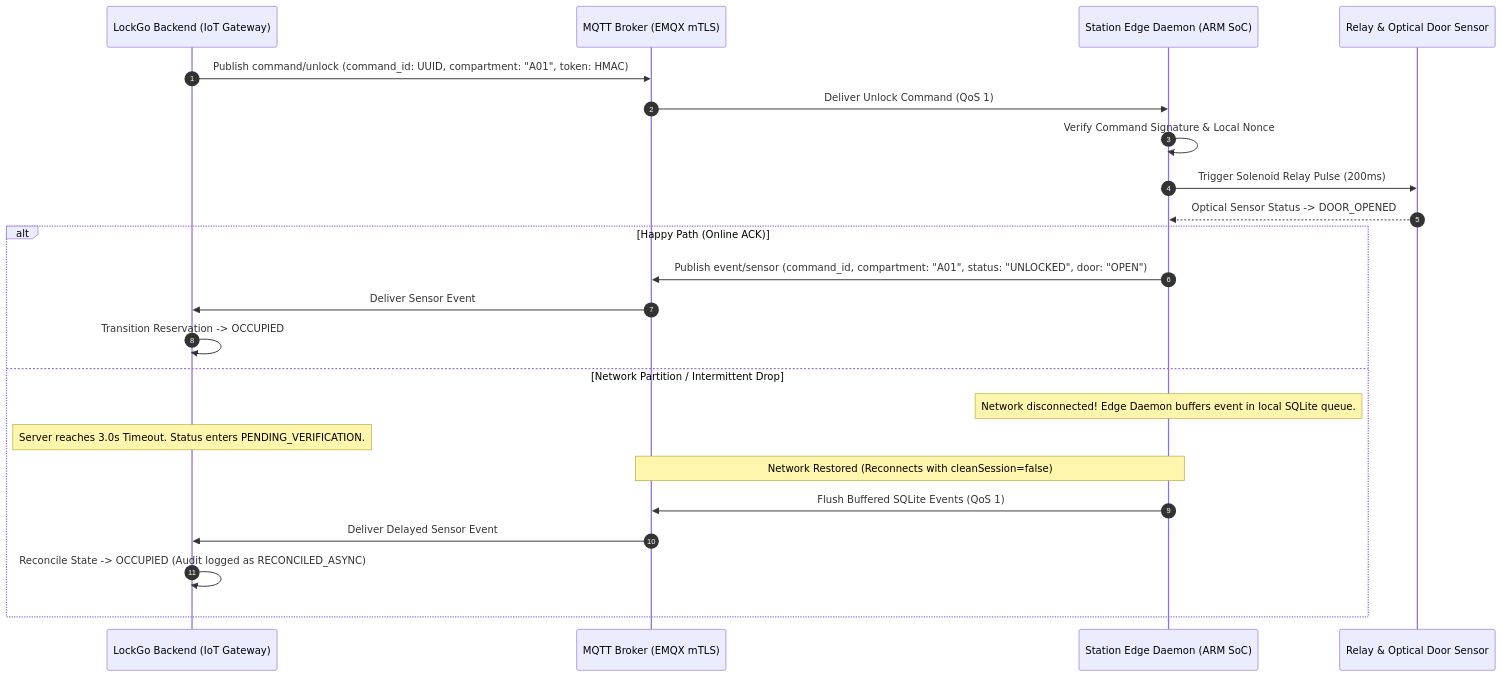
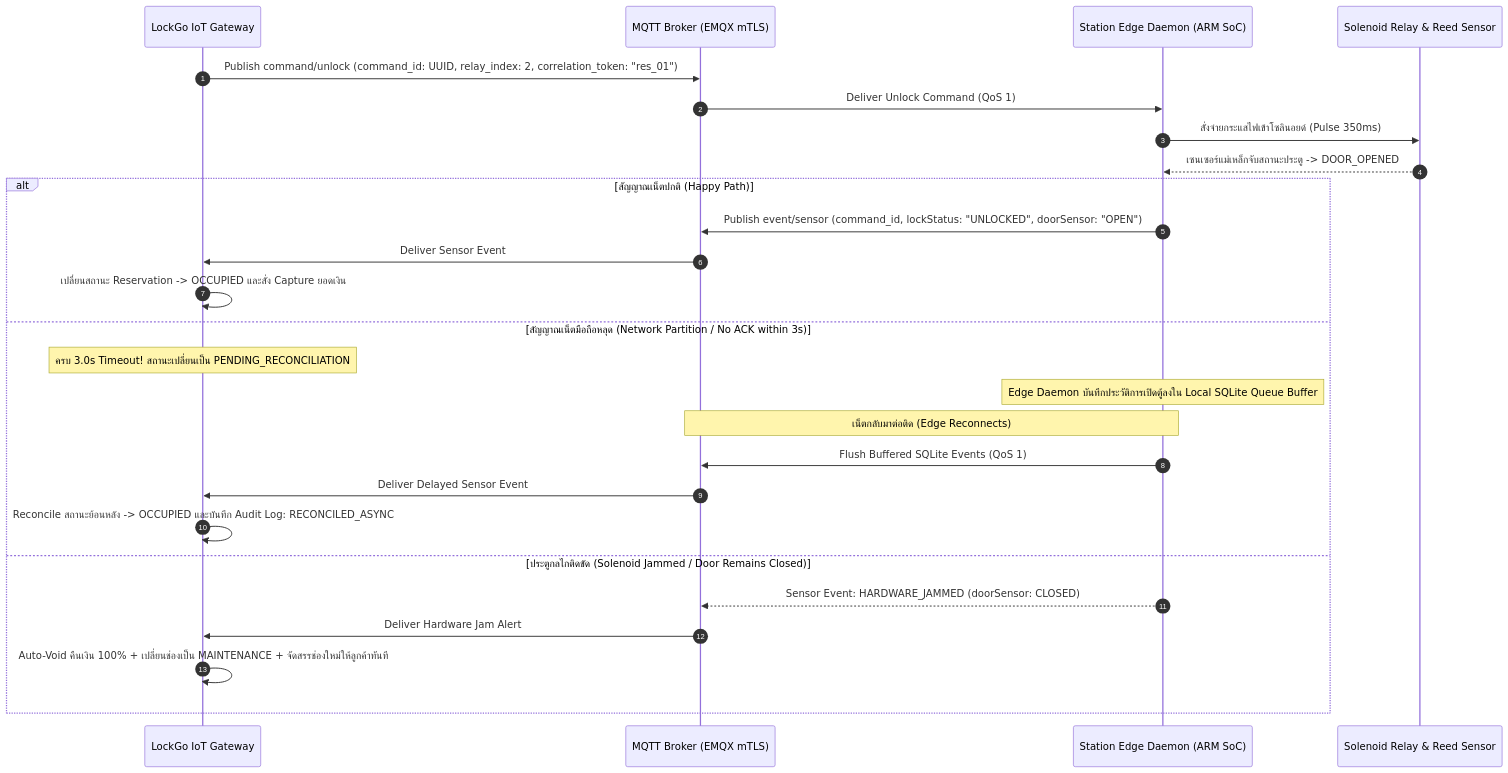
One commit to napaporn-s/lockgo-platform changed the fifth of 6 diagrams in docs/02_SYSTEM_ARCHITECTURE.md. Above: the diagram before and after it, drawn with Mermaid. The commit also changed other lines of this file and 15 other files, not shown here.

````diff
--- a/docs/02_SYSTEM_ARCHITECTURE.md
+++ b/docs/02_SYSTEM_ARCHITECTURE.md
@@ -351,27 +360,30 @@
 ```mermaid
 sequenceDiagram
     autonumber
-    participant Server as LockGo Backend (IoT Gateway)
+    participant Server as LockGo IoT Gateway
     participant MQTT as MQTT Broker (EMQX mTLS)
     participant Edge as Station Edge Daemon (ARM SoC)
-    participant Hardware as Relay & Optical Door Sensor
+    participant Hardware as Solenoid Relay & Reed Sensor
 
-    Server->>MQTT: Publish command/unlock (command_id: UUID, compartment: "A01", token: HMAC)
+    Server->>MQTT: Publish command/unlock (command_id: UUID, relay_index: 2, correlation_token: "res_01")
     MQTT->>Edge: Deliver Unlock Command (QoS 1)
-    Edge->>Edge: Verify Command Signature & Local Nonce
-    Edge->>Hardware: Trigger Solenoid Relay Pulse (200ms)
-    Hardware-->>Edge: Optical Sensor Status -> DOOR_OPENED
+    Edge->>Hardware: สั่งจ่ายกระแสไฟเข้าโซลินอยด์ (Pulse 350ms)
+    Hardware-->>Edge: เซนเซอร์แม่เหล็กจับสถานะประตู -> DOOR_OPENED
 
-    alt Happy Path (Online ACK)
-        Edge->>MQTT: Publish event/sensor (command_id, compartment: "A01", status: "UNLOCKED", door: "OPEN")
+    alt สัญญาณเน็ตปกติ (Happy Path)
+        Edge->>MQTT: Publish event/sensor (command_id, lockStatus: "UNLOCKED", doorSensor: "OPEN")
         MQTT->>Server: Deliver Sensor Event
-        Server->>Server: Transition Reservation -> OCCUPIED
-    else Network Partition / Intermittent Drop
-        Note over Edge: Network disconnected! Edge Daemon buffers event in local SQLite queue.
-        Note over Server: Server reaches 3.0s Timeout. Status enters PENDING_VERIFICATION.
-        Note over Edge,MQTT: Network Restored (Reconnects with cleanSession=false)
+        Server->>Server: เปลี่ยนสถานะ Reservation -> OCCUPIED และสั่ง Capture ยอดเงิน
+    else สัญญาณเน็ตมือถือหลุด (Network Partition / No ACK within 3s)
+        Note over Server: ครบ 3.0s Timeout! สถานะเปลี่ยนเป็น PENDING_RECONCILIATION
+        Note over Edge: Edge Daemon บันทึกประวัติการเปิดตู้ลงใน Local SQLite Queue Buffer
+        Note over Edge,MQTT: เน็ตกลับมาต่อติด (Edge Reconnects)
         Edge->>MQTT: Flush Buffered SQLite Events (QoS 1)
         MQTT->>Server: Deliver Delayed Sensor Event
-        Server->>Server: Reconcile State -> OCCUPIED (Audit logged as RECONCILED_ASYNC)
+        Server->>Server: Reconcile สถานะย้อนหลัง -> OCCUPIED และบันทึก Audit Log: RECONCILED_ASYNC
+    else ประตูกลไกติดขัด (Solenoid Jammed / Door Remains Closed)
+        Edge-->>MQTT: Sensor Event: HARDWARE_JAMMED (doorSensor: CLOSED)
+        MQTT->>Server: Deliver Hardware Jam Alert
+        Server->>Server: Auto-Void คืนเงิน 100% + เปลี่ยนช่องเป็น MAINTENANCE + จัดสรรช่องใหม่ให้ลูกค้าทันที
     end
 ```
````
